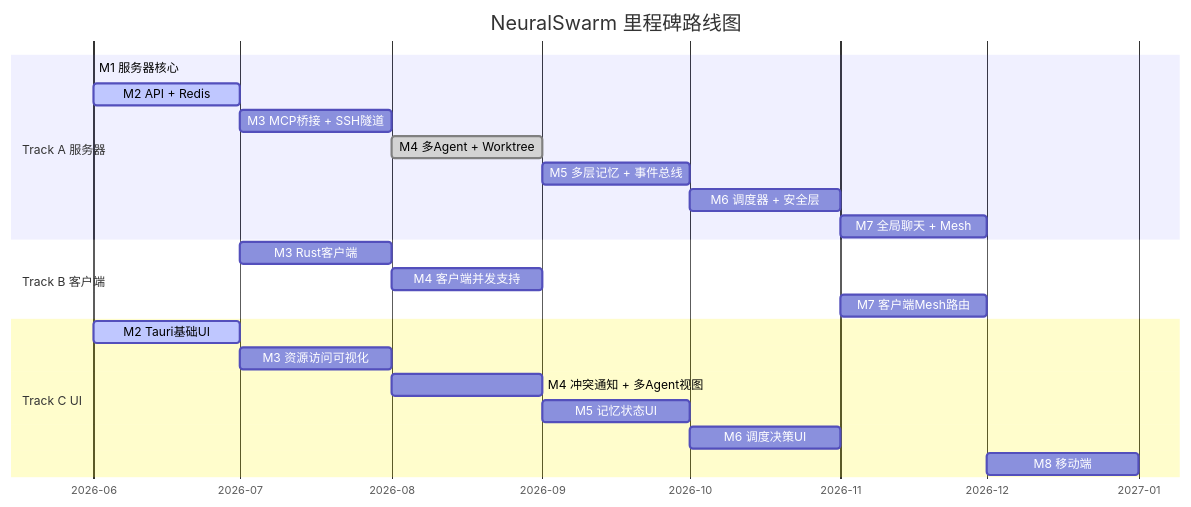
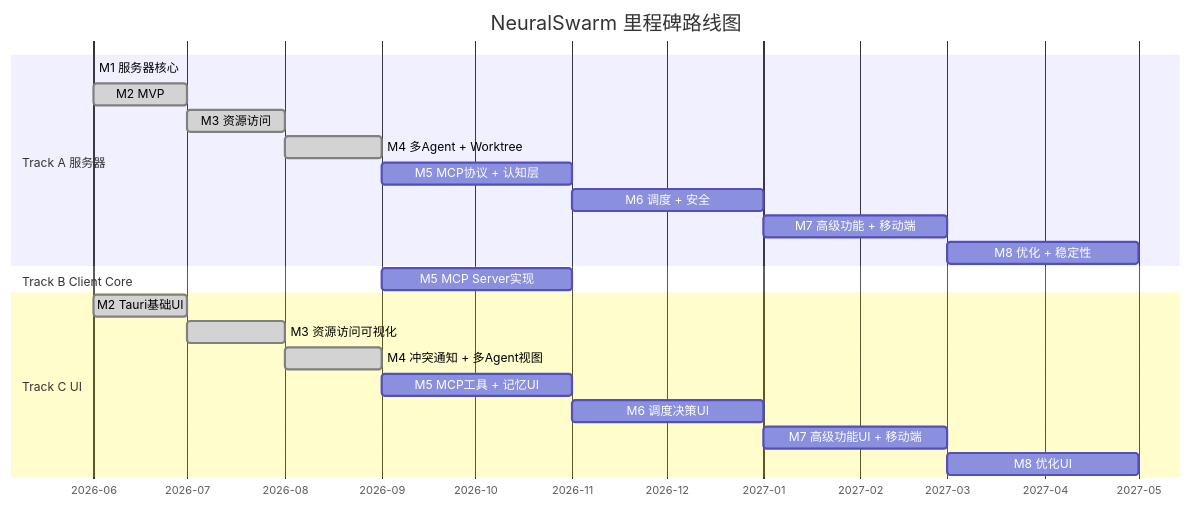
One commit to ChenXu233/neuralswarm-code changed the diagram in docs/验收标准/index.md. Above: the diagram before and after it, drawn with Mermaid. The commit also changed other lines of this file and 7 other files, not shown here.

First line of the commit message:
docs: update architecture documentation for local-first redesign

````diff
--- a/docs/验收标准/index.md
+++ b/docs/验收标准/index.md
@@ -25,28 +26,28 @@
 ```mermaid
 gantt
     title NeuralSwarm 里程碑路线图
     dateFormat  YYYY-MM
     axisFormat  %Y-%m
 
     section Track A 服务器
     M1 服务器核心           :done, m1a, 2026-06, 2026-06
-    M2 API + Redis          :active, m2a, 2026-06, 2026-07
-    M3 MCP桥接 + SSH隧道    :m3a, 2026-07, 2026-08
+    M2 MVP                  :done, m2a, 2026-06, 2026-07
+    M3 资源访问             :done, m3a, 2026-07, 2026-08
     M4 多Agent + Worktree    :done, m4a, 2026-08, 2026-09
-    M5 多层记忆 + 事件总线  :m5a, 2026-09, 2026-10
-    M6 调度器 + 安全层      :m6a, 2026-10, 2026-11
-    M7 全局聊天 + Mesh      :m7a, 2026-11, 2026-12
+    M5 MCP协议 + 认知层     :m5a, 2026-09, 2026-11
+    M6 调度 + 安全          :m6a, 2026-11, 2027-01
+    M7 高级功能 + 移动端    :m7a, 2027-01, 2027-03
+    M8 优化 + 稳定性        :m8a, 2027-03, 2027-05
 
-    section Track B 客户端
-    M3 Rust客户端           :m3b, 2026-07, 2026-08
-    M4 客户端并发支持       :m4b, 2026-08, 2026-09
-    M7 客户端Mesh路由       :m7b, 2026-11, 2026-12
+    section Track B Client Core
+    M5 MCP Server实现       :m5b, 2026-09, 2026-11
 
     section Track C UI
-    M2 Tauri基础UI          :active, m2c, 2026-06, 2026-07
-    M3 资源访问可视化       :m3c, 2026-07, 2026-08
-    M4 冲突通知 + 多Agent视图 :m4c, 2026-08, 2026-09
-    M5 记忆状态UI           :m5c, 2026-09, 2026-10
-    M6 调度决策UI           :m6c, 2026-10, 2026-11
-    M8 移动端               :m8c, 2026-12, 2027-01
+    M2 Tauri基础UI          :done, m2c, 2026-06, 2026-07
+    M3 资源访问可视化       :done, m3c, 2026-07, 2026-08
+    M4 冲突通知 + 多Agent视图 :done, m4c, 2026-08, 2026-09
+    M5 MCP工具 + 记忆UI     :m5c, 2026-09, 2026-11
+    M6 调度决策UI           :m6c, 2026-11, 2027-01
+    M7 高级功能UI + 移动端  :m7c, 2027-01, 2027-03
+    M8 优化UI               :m8c, 2027-03, 2027-05
 ```
````
